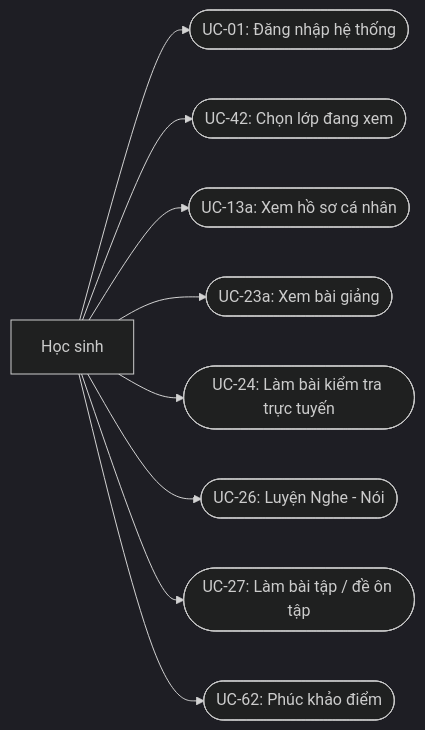
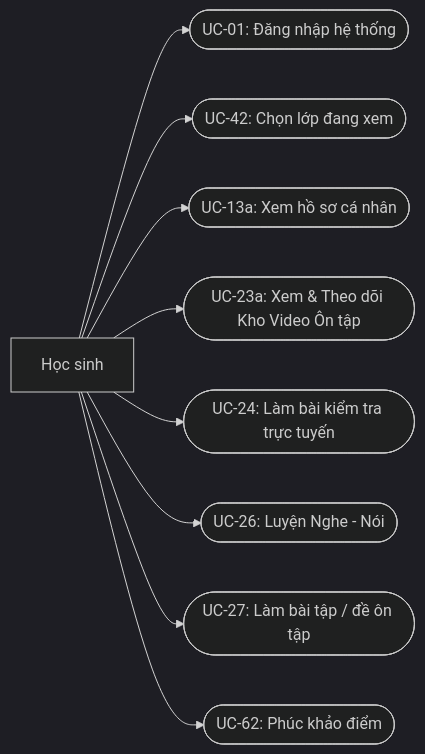
The diagram in docs/diagrams/usecase-actors/UseCase-HocSinh.mmd (langtuananh2424/pps-education), drawn with Mermaid (dark theme) before and after one commit. The commit also changed 45 other files, not shown here.

First line of the commit message:
feat(lms): tái cấu trúc Kho bài giảng thành Kho Video Ôn tập (UC-23/23a, backend)

```diff
--- a/docs/diagrams/usecase-actors/UseCase-HocSinh.mmd
+++ b/docs/diagrams/usecase-actors/UseCase-HocSinh.mmd
@@ -1,20 +1,20 @@
 graph LR
     HocSinh[Học sinh]
 
     UC01(["UC-01: Đăng nhập hệ thống"])
     UC42(["UC-42: Chọn lớp đang xem"])
     UC13a(["UC-13a: Xem hồ sơ cá nhân"])
-    UC23a(["UC-23a: Xem bài giảng"])
+    UC23a(["UC-23a: Xem & Theo dõi Kho Video Ôn tập"])
     UC24(["UC-24: Làm bài kiểm tra trực tuyến"])
     UC26(["UC-26: Luyện Nghe - Nói"])
     UC27(["UC-27: Làm bài tập / đề ôn tập"])
     UC62(["UC-62: Phúc khảo điểm"])
 
     HocSinh --> UC01
     HocSinh --> UC42
     HocSinh --> UC13a
     HocSinh --> UC23a
     HocSinh --> UC24
     HocSinh --> UC26
     HocSinh --> UC27
     HocSinh --> UC62
```
